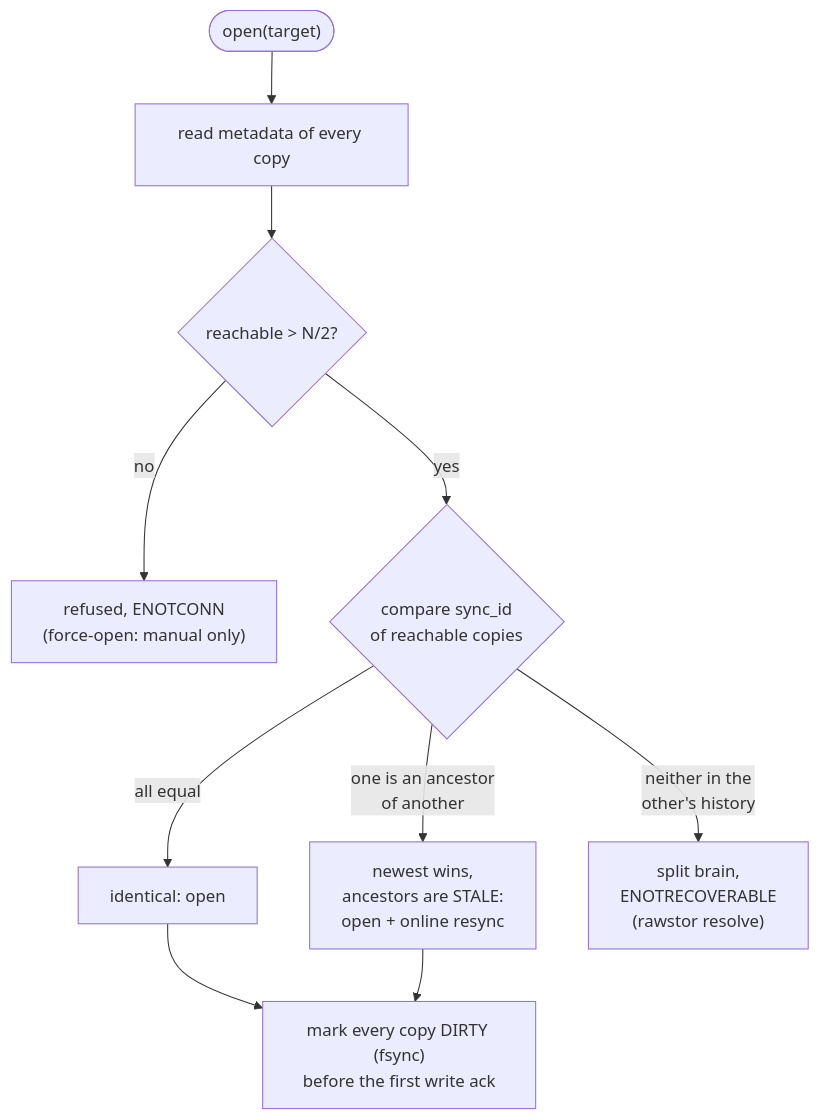
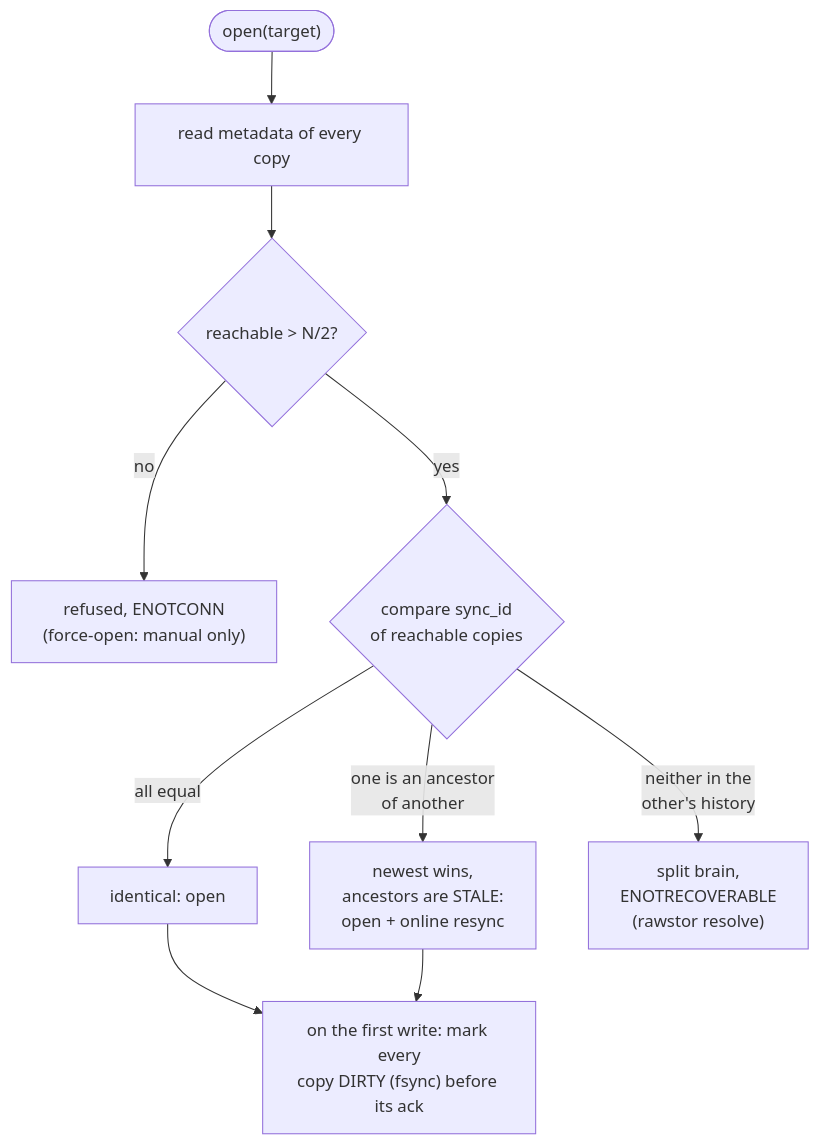
The third of 5 diagrams in docs/mirroring.md (rawstor/librawstor), drawn with Mermaid before and after one commit. The commit also changed other lines of this file, not shown here.

First line of the commit message:
docs(mirroring): copies are marked DIRTY at the first write, not at open

````diff
--- a/docs/mirroring.md
+++ b/docs/mirroring.md
@@ -140,12 +140,12 @@
 ```mermaid
 flowchart TB
     Open(["open(target)"]) --> Meta["read metadata of every copy"]
     Meta --> Q{"reachable > N/2?"}
     Q -- no --> NoQ["refused, ENOTCONN<br/>(force-open: manual only)"]
     Q -- yes --> Cmp{"compare sync_id<br/>of reachable copies"}
     Cmp -- "all equal" --> Same["identical: open"]
     Cmp -- "one is an ancestor<br/>of another" --> Anc["newest wins,<br/>ancestors are STALE:<br/>open + online resync"]
     Cmp -- "neither in the<br/>other's history" --> SB["split brain,<br/>ENOTRECOVERABLE<br/>(rawstor resolve)"]
-    Same --> Mark["mark every copy DIRTY (fsync)<br/>before the first write ack"]
+    Same --> Mark["on the first write: mark every<br/>copy DIRTY (fsync) before its ack"]
     Anc --> Mark
 ```
````
